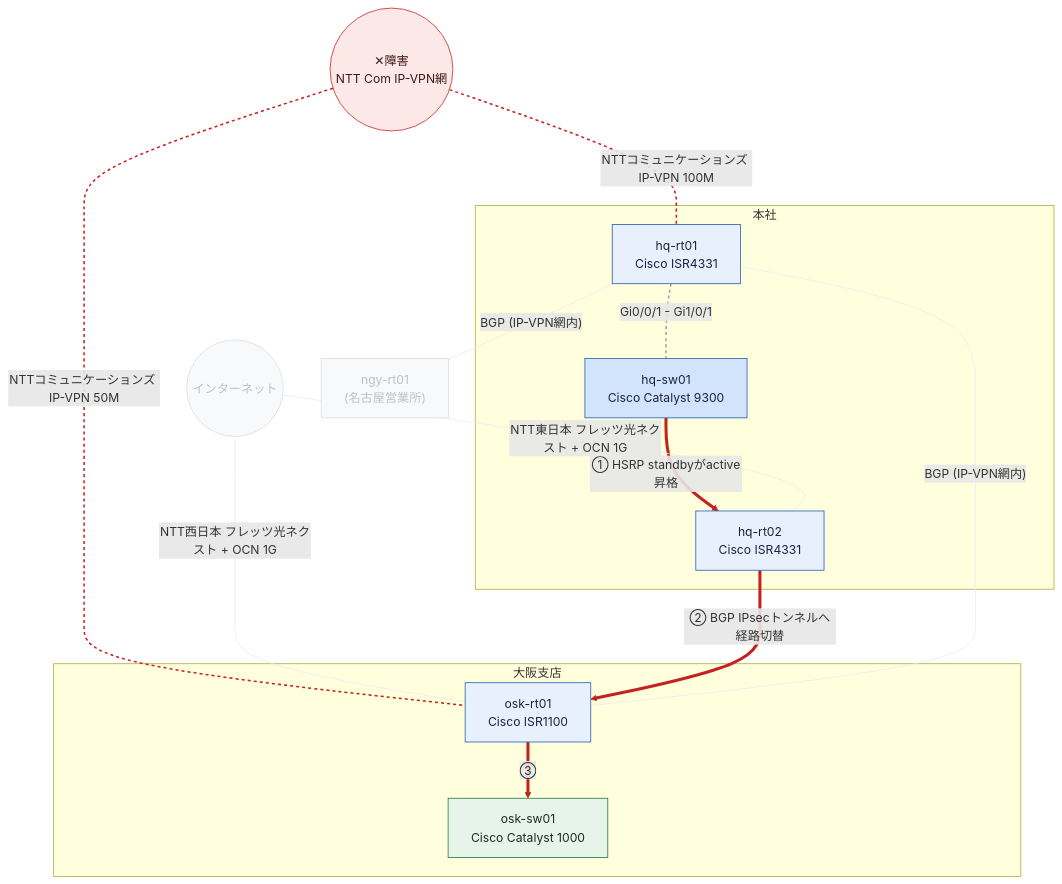
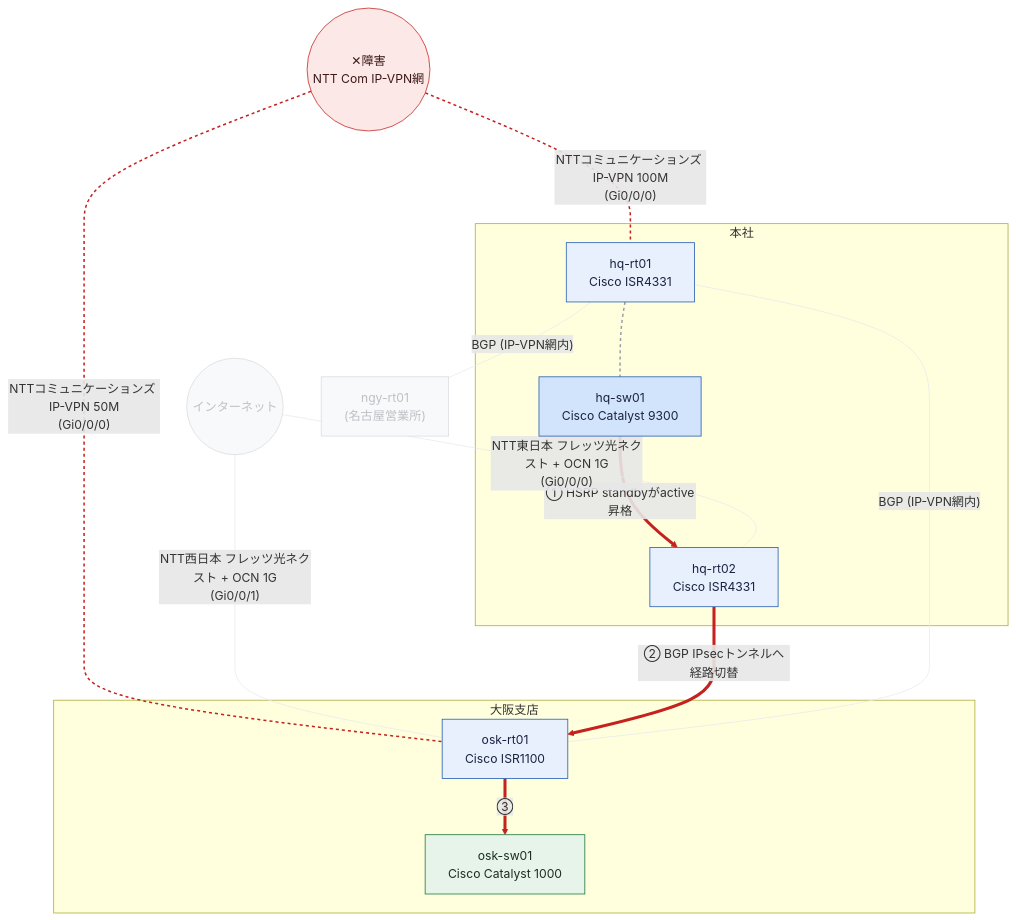
The diagram in examples/sample-corp/generated/path-ipvpn-fail.mmd (thinas1115/nwdsl), drawn with Mermaid before and after one commit. The commit also changed 27 other files, not shown here.

First line of the commit message:
fix: 構成図のラベル衝突を根絶 (タイトル退避・IFラベル分散・ノード幅自動拡張)

```diff
--- a/examples/sample-corp/generated/path-ipvpn-fail.mmd
+++ b/examples/sample-corp/generated/path-ipvpn-fail.mmd
@@ -1,43 +1,43 @@
 flowchart TB
   subgraph sg_hq["本社"]
     hq_rt01["hq-rt01<br>Cisco ISR4331"]
     hq_sw01["hq-sw01<br>Cisco Catalyst 9300"]
     hq_rt02["hq-rt02<br>Cisco ISR4331"]
   end
   subgraph sg_osk["大阪支店"]
     osk_rt01["osk-rt01<br>Cisco ISR1100"]
     osk_sw01["osk-sw01<br>Cisco Catalyst 1000"]
   end
   ipvpn(("✕障害<br>NTT Com IP-VPN網"))
   internet(("インターネット"))
   ngy_rt01["ngy-rt01<br>(名古屋営業所)"]
-  hq_rt01 ---|"Gi0/0/1 - Gi1/0/1"| hq_sw01
+  hq_rt01 --- hq_sw01
   hq_sw01 -->|"① HSRP standbyがactive昇格"| hq_rt02
   osk_rt01 -->|"③"| osk_sw01
-  ipvpn ---|"NTTコミュニケーションズ IP-VPN 100M"| hq_rt01
-  ipvpn ---|"NTTコミュニケーションズ IP-VPN 50M"| osk_rt01
-  internet ---|"NTT東日本 フレッツ光ネクスト + OCN 1G"| hq_rt02
-  internet ---|"NTT西日本 フレッツ光ネクスト + OCN 1G"| osk_rt01
+  ipvpn ---|"NTTコミュニケーションズ IP-VPN 100M<br>(Gi0/0/0)"| hq_rt01
+  ipvpn ---|"NTTコミュニケーションズ IP-VPN 50M<br>(Gi0/0/0)"| osk_rt01
+  internet ---|"NTT東日本 フレッツ光ネクスト + OCN 1G<br>(Gi0/0/0)"| hq_rt02
+  internet ---|"NTT西日本 フレッツ光ネクスト + OCN 1G<br>(Gi0/0/1)"| osk_rt01
   hq_rt02 -->|"② BGP IPsecトンネルへ経路切替"| osk_rt01
   hq_rt01 ---|"BGP (IP-VPN網内)"| osk_rt01
   hq_rt01 ---|"BGP (IP-VPN網内)"| ngy_rt01
 
   classDef node_dim fill:#f8f9fa,stroke:#dadce0,color:#bdc1c6
   classDef node_failed fill:#fce8e6,stroke:#c5221f,color:#3c1a19
   classDef role_router fill:#e8f0fe,stroke:#1a56b0,color:#1a2340
   classDef role_l3switch fill:#d2e3fc,stroke:#1a56b0,color:#1a2340
   classDef role_l2switch fill:#e6f4ea,stroke:#137333,color:#1a2e1f
   classDef role_firewall fill:#fce8e6,stroke:#c5221f,color:#3c1a19
   classDef role_other fill:#f1f3f4,stroke:#5f6368,color:#202124
   classDef node_cloud fill:#f1f3f4,stroke:#5f6368,color:#202124
   classDef node_site fill:#fff8e1,stroke:#b58105,color:#4a3a08
   classDef node_external fill:#ffffff,stroke:#9aa0a6,stroke-dasharray:3 3,color:#5f6368
   class hq_rt01,hq_rt02,osk_rt01 role_router
   class hq_sw01 role_l3switch
   class osk_sw01 role_l2switch
   class ipvpn node_failed
   class internet,ngy_rt01 node_dim
   linkStyle 0 stroke:#9aa0a6,stroke-width:2px,stroke-dasharray:4 4
   linkStyle 1,2,7 stroke:#c5221f,stroke-width:4px
   linkStyle 3,4 stroke:#c5221f,stroke-width:2px,stroke-dasharray:4 4
   linkStyle 5,6,8,9 stroke:#e8eaed,stroke-width:1px
```
